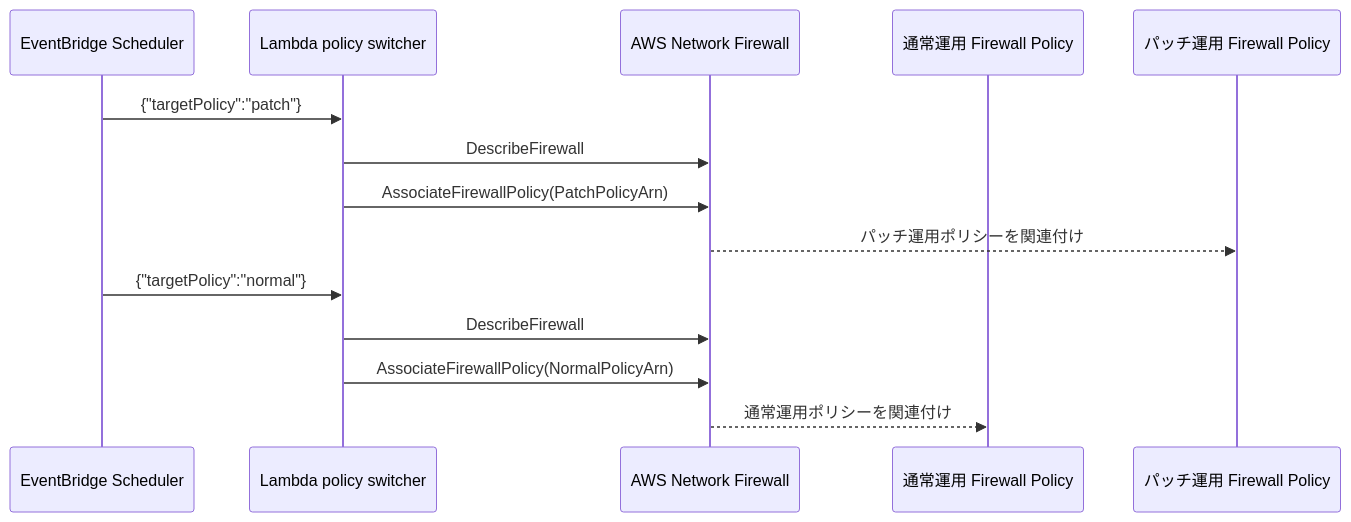
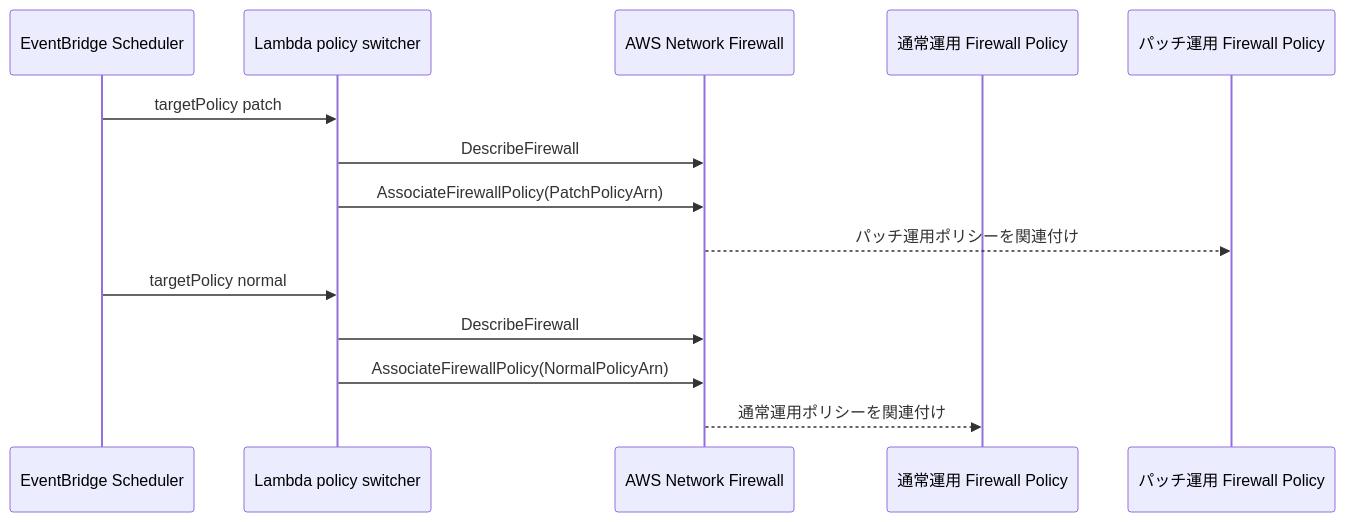
Before and after one commit to thsmt/aws-nfw-policy-switch-poc: the diagram in docs/architecture.md, drawn with Mermaid. The commit also changed 1 other file, not shown here.

Commit message:
Fix Mermaid diagram labels

````diff
--- a/docs/architecture.md
+++ b/docs/architecture.md
@@ -13,18 +13,18 @@
 ```mermaid
 sequenceDiagram
     participant Scheduler as EventBridge Scheduler
     participant Lambda as Lambda policy switcher
     participant NFW as AWS Network Firewall
     participant Normal as 通常運用 Firewall Policy
     participant Patch as パッチ運用 Firewall Policy
 
-    Scheduler->>Lambda: {"targetPolicy":"patch"}
+    Scheduler->>Lambda: targetPolicy patch
     Lambda->>NFW: DescribeFirewall
     Lambda->>NFW: AssociateFirewallPolicy(PatchPolicyArn)
     NFW-->>Patch: パッチ運用ポリシーを関連付け
 
-    Scheduler->>Lambda: {"targetPolicy":"normal"}
+    Scheduler->>Lambda: targetPolicy normal
     Lambda->>NFW: DescribeFirewall
     Lambda->>NFW: AssociateFirewallPolicy(NormalPolicyArn)
     NFW-->>Normal: 通常運用ポリシーを関連付け
 ```
````
